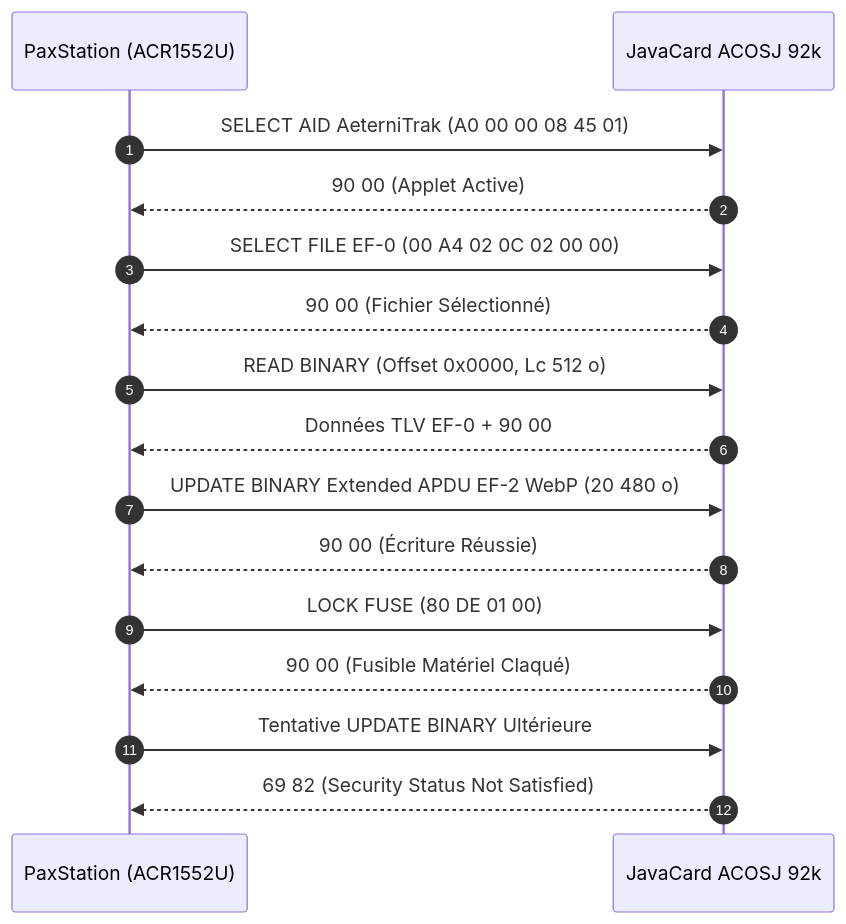
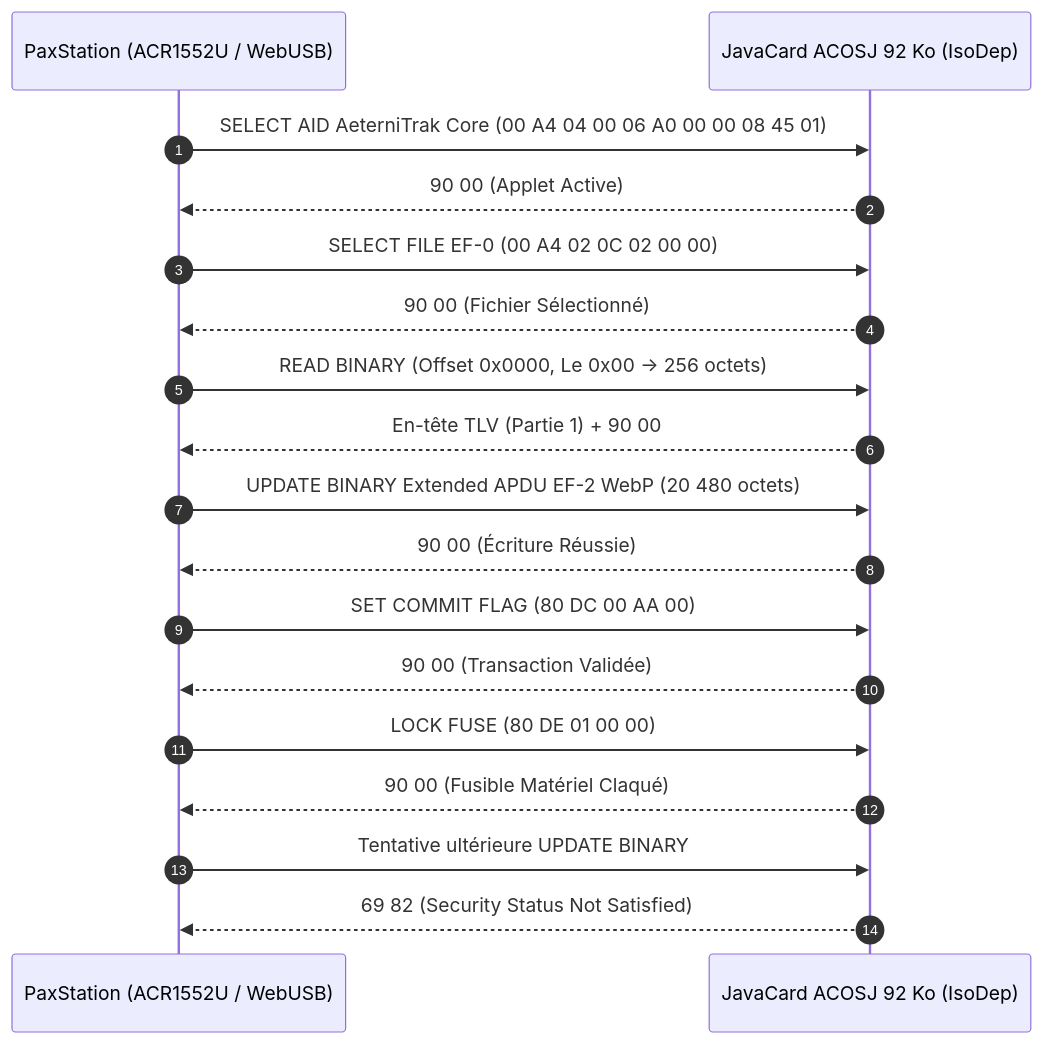
Before and after one commit to kurodohenroonsen/AeterniTrak_V1.0: the first of 2 diagrams in docs/technical/silicon-storage.md, drawn with Mermaid. The commit also changed other lines of this file and 14 other files, not shown here.

````diff
--- a/docs/technical/silicon-storage.md
+++ b/docs/technical/silicon-storage.md
@@ -82,18 +101,27 @@
 ```mermaid
 sequenceDiagram
     autonumber
-    participant Station as PaxStation (ACR1552U)
-    participant Chip as JavaCard ACOSJ 92k
-    Station->>Chip: SELECT AID AeterniTrak (A0 00 00 08 45 01)
+    participant Station as PaxStation (ACR1552U / WebUSB)
+    participant Chip as JavaCard ACOSJ 92 Ko (IsoDep)
+    
+    Station->>Chip: SELECT AID AeterniTrak Core (00 A4 04 00 06 A0 00 00 08 45 01)
     Chip-->>Station: 90 00 (Applet Active)
+    
     Station->>Chip: SELECT FILE EF-0 (00 A4 02 0C 02 00 00)
     Chip-->>Station: 90 00 (Fichier Sélectionné)
-    Station->>Chip: READ BINARY (Offset 0x0000, Lc 512 o)
-    Chip-->>Station: Données TLV EF-0 + 90 00
-    Station->>Chip: UPDATE BINARY Extended APDU EF-2 WebP (20 480 o)
+    
+    Station->>Chip: READ BINARY (Offset 0x0000, Le 0x00 -> 256 octets)
+    Chip-->>Station: En-tête TLV (Partie 1) + 90 00
+    
+    Station->>Chip: UPDATE BINARY Extended APDU EF-2 WebP (20 480 octets)
     Chip-->>Station: 90 00 (Écriture Réussie)
-    Station->>Chip: LOCK FUSE (80 DE 01 00)
+    
+    Station->>Chip: SET COMMIT FLAG (80 DC 00 AA 00)
+    Chip-->>Station: 90 00 (Transaction Validée)
+    
+    Station->>Chip: LOCK FUSE (80 DE 01 00 00)
     Chip-->>Station: 90 00 (Fusible Matériel Claqué)
-    Station->>Chip: Tentative UPDATE BINARY Ultérieure
+    
+    Station->>Chip: Tentative ultérieure UPDATE BINARY
     Chip-->>Station: 69 82 (Security Status Not Satisfied)
 ```
````
